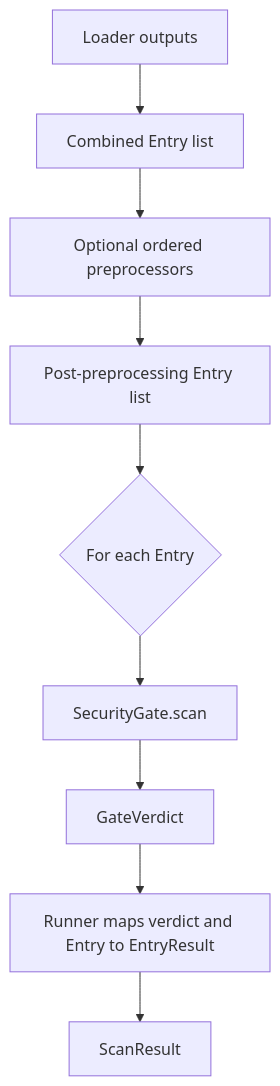
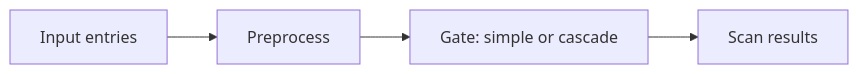
One commit to InditexTech/cerbia changed the diagram in docs/src/modules/main/pages/architecture.adoc. Above: the diagram before and after it, drawn with Mermaid. The commit also changed other lines of this file, not shown here.

Commit message:
docs(architecture): simplify the pipeline overview

```diff
--- a/docs/src/modules/main/pages/architecture.adoc
+++ b/docs/src/modules/main/pages/architecture.adoc
@@ -149,14 +16,9 @@
 [mermaid]
 ....
-flowchart TD
-accTitle: Entry lifecycle
-accDescr: Loader outputs are combined, passed through optional ordered preprocessors, and each resulting entry is scanned through the SecurityGate protocol. The runner maps each verdict and entry to an EntryResult and collects the results in a ScanResult.
-    A[Loader outputs] --> B[Combined Entry list]
-    B --> C[Optional ordered preprocessors]
-    C --> D[Post-preprocessing Entry list]
-    D --> E{For each Entry}
-    E --> F[SecurityGate.scan]
-    F --> G[GateVerdict]
-    G --> H[Runner maps verdict and Entry to EntryResult]
-    H --> I[ScanResult]
+flowchart LR
+accTitle: CerbIA pipeline
+accDescr: Loaders provide entries, preprocessors transform them, a simple or cascade gate evaluates each entry, and the runner collects the results.
+    A[Input entries] --> B[Preprocess]
+    B --> C[Gate: simple or cascade]
+    C --> D[Scan results]
 ....
```
